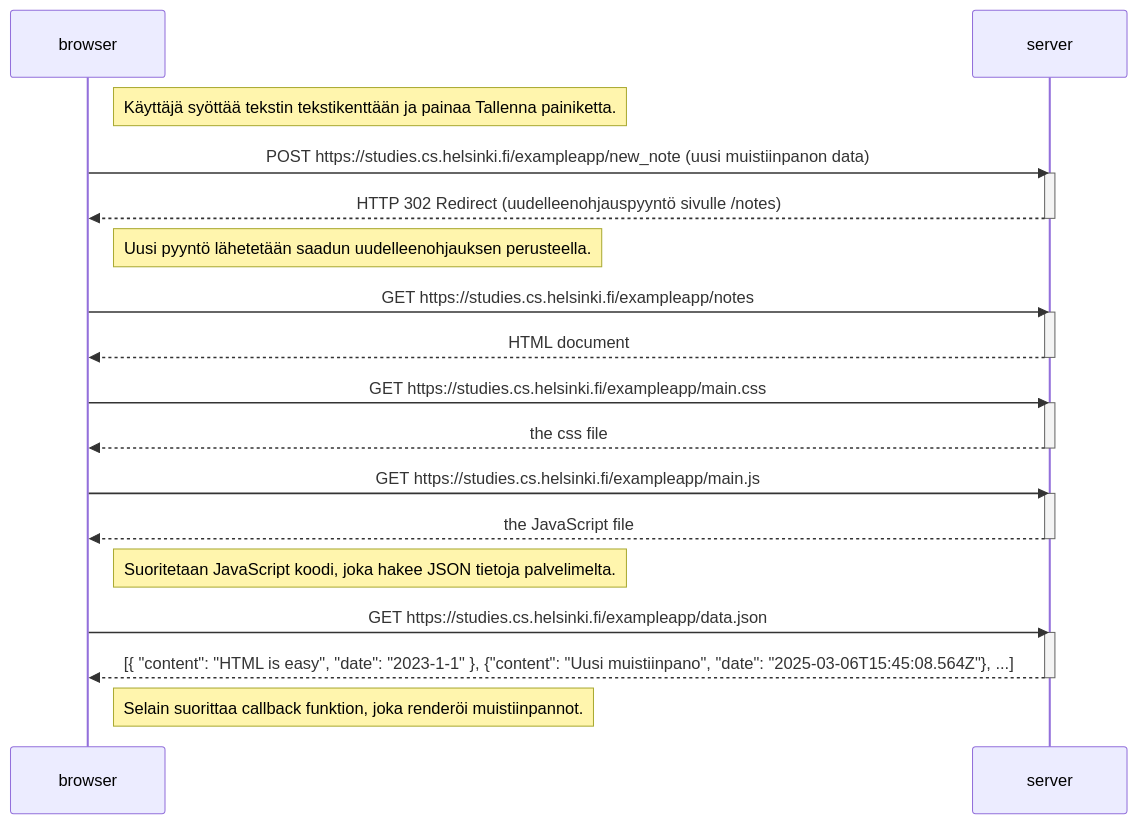
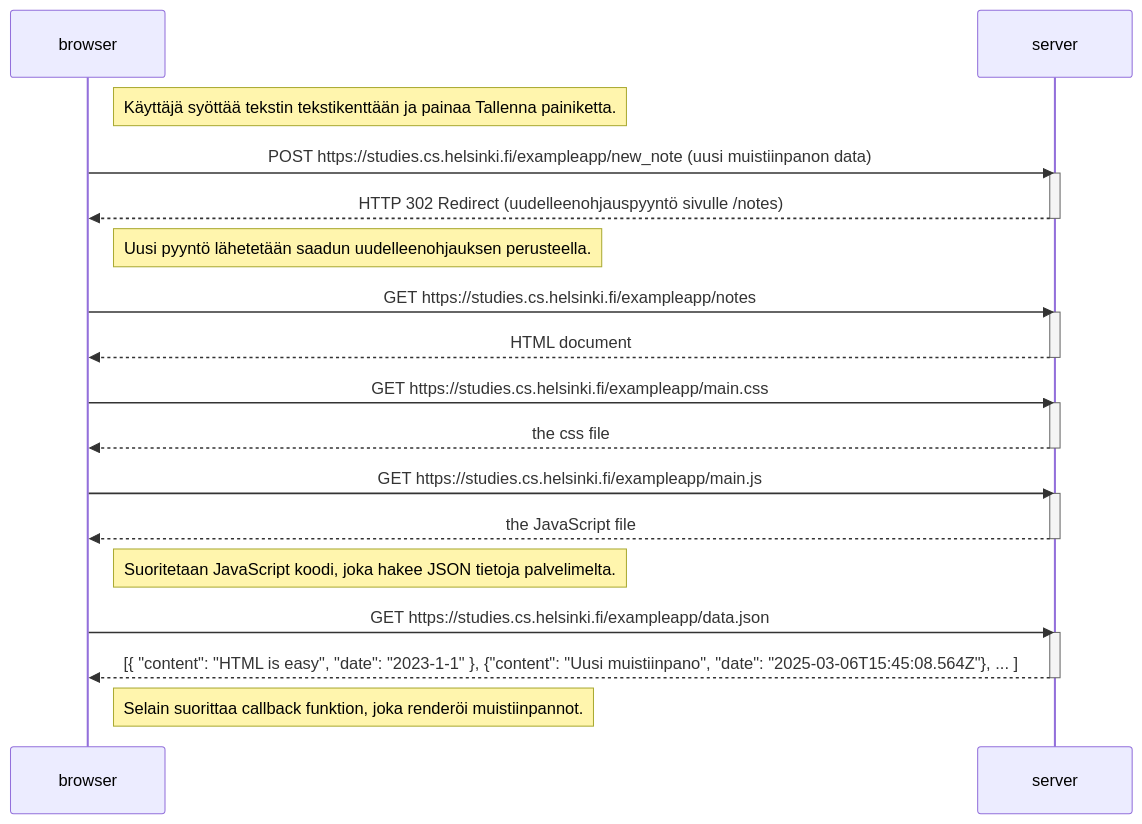
Before and after one commit to iSegeD/FullStackOpenPalautukset: the diagram in osa0/0.4.md, drawn with Mermaid.

Commit message:
Uusi muistiinpano

````diff
--- a/osa0/0.4.md
+++ b/osa0/0.4.md
@@ -1,35 +1,35 @@
 ```mermaid
 sequenceDiagram
 participant browser
 participant server
 
 Note right of browser: Käyttäjä syöttää tekstin tekstikenttään ja painaa Tallenna painiketta.
 browser->>server: POST https://studies.cs.helsinki.fi/exampleapp/new_note (uusi muistiinpanon data)
 activate server
 server-->>browser: HTTP 302 Redirect (uudelleenohjauspyyntö sivulle /notes)
 deactivate server
 
 Note right of browser: Uusi pyyntö lähetetään saadun uudelleenohjauksen perusteella.
 browser->>server: GET https://studies.cs.helsinki.fi/exampleapp/notes
 activate server
 server-->>browser: HTML document
 deactivate server
 
 browser->>server: GET https://studies.cs.helsinki.fi/exampleapp/main.css
 activate server
 server-->>browser: the css file
 deactivate server
 
 browser->>server: GET https://studies.cs.helsinki.fi/exampleapp/main.js
 activate server
 server-->>browser: the JavaScript file
 deactivate server
 
 Note right of browser: Suoritetaan JavaScript koodi, joka hakee JSON tietoja palvelimelta.
 browser->>server: GET https://studies.cs.helsinki.fi/exampleapp/data.json
 activate server
-server-->>browser: [{ "content": "HTML is easy", "date": "2023-1-1" }, {"content": "Uusi muistiinpano", "date": "2025-03-06T15:45:08.564Z"}, ...]
+server-->>browser: [{ "content": "HTML is easy", "date": "2023-1-1" }, {"content": "Uusi muistiinpano", "date": "2025-03-06T15:45:08.564Z"}, ... ]
 deactivate server
 
 Note right of browser: Selain suorittaa callback funktion, joka renderöi muistiinpannot.
 ```
````
